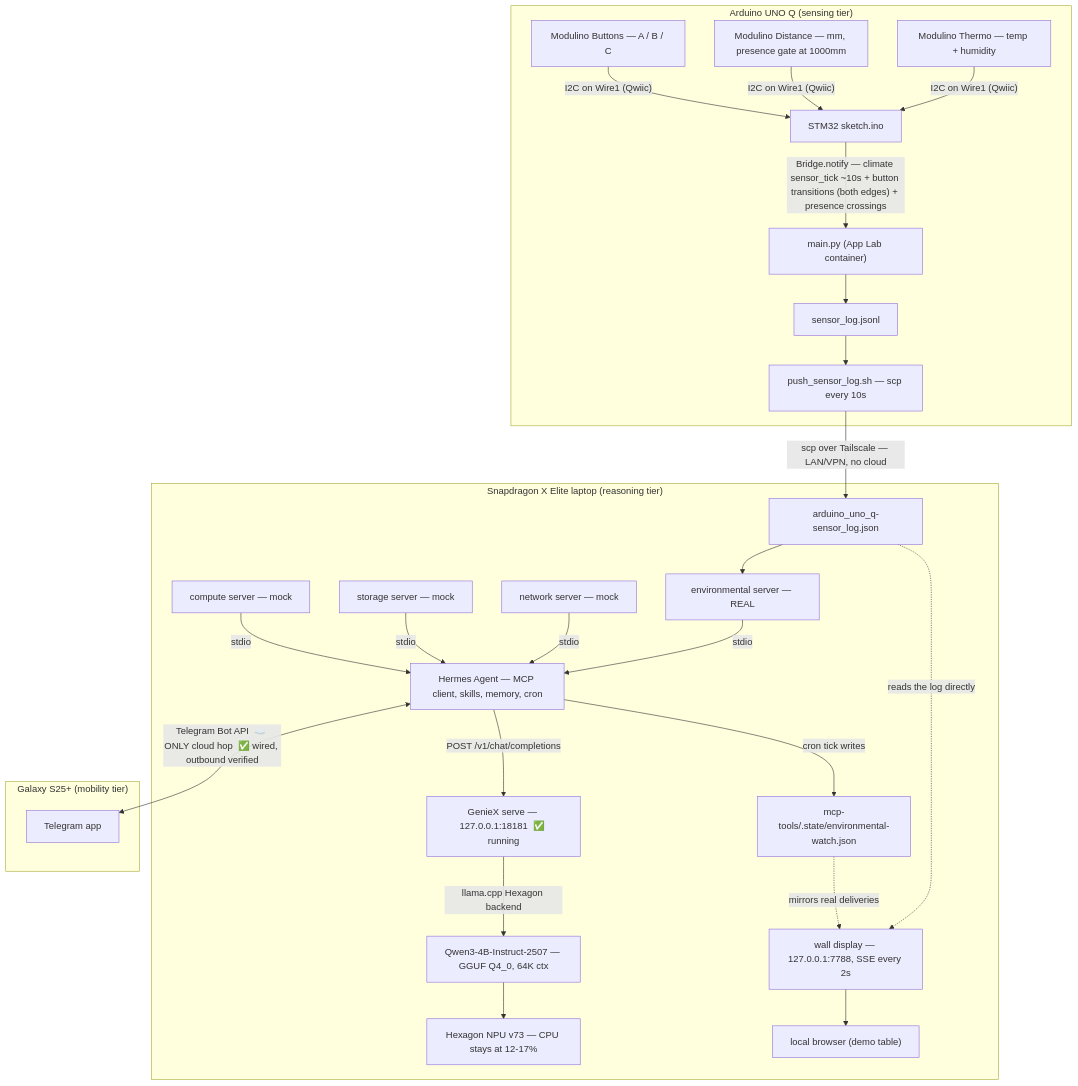
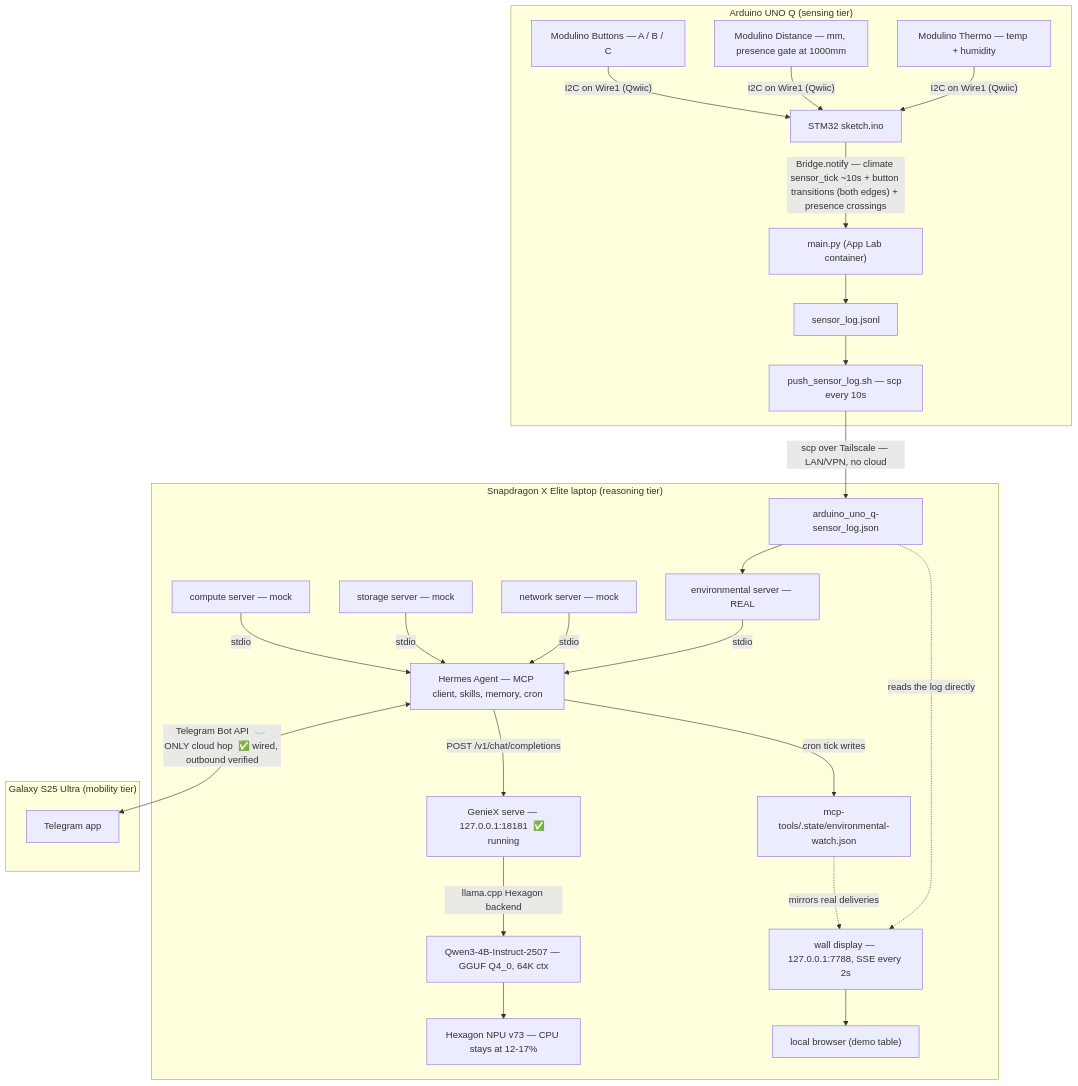
Before and after one commit to aryanil89/SMH-Hermes: the first of 4 diagrams in docs/ARCHITECTURE.md, drawn with Mermaid. The commit also changed other lines of this file and 57 other files, not shown here.

````diff
--- a/docs/ARCHITECTURE.md
+++ b/docs/ARCHITECTURE.md
@@ -17,52 +17,52 @@
 ```mermaid
 flowchart TD
     subgraph board["Arduino UNO Q  (sensing tier)"]
         TH["Modulino Thermo — temp + humidity"]
         DI["Modulino Distance — mm, presence gate at 1000mm"]
         BU["Modulino Buttons — A / B / C"]
         MCU["STM32 sketch.ino"]
         PY["main.py (App Lab container)"]
         LOG["sensor_log.jsonl"]
         PUSH["push_sensor_log.sh — scp every 10s"]
         TH -->|"I2C on Wire1 (Qwiic)"| MCU
         DI -->|"I2C on Wire1 (Qwiic)"| MCU
         BU -->|"I2C on Wire1 (Qwiic)"| MCU
         MCU -->|"Bridge.notify — climate sensor_tick ~10s + button transitions (both edges) + presence crossings"| PY
         PY --> LOG
         LOG --> PUSH
     end
 
     subgraph laptop["Snapdragon X Elite laptop  (reasoning tier)"]
         FILE["arduino_uno_q-sensor_log.json"]
         ENV["environmental server — REAL"]
         NET["network server — mock"]
         STO["storage server — mock"]
         COM["compute server — mock"]
         HA["Hermes Agent — MCP client, skills, memory, cron"]
         GX["GenieX serve — 127.0.0.1:18181  ✅ running"]
         MOD["Qwen3-4B-Instruct-2507 — GGUF Q4_0, 64K ctx"]
         NPU["Hexagon NPU v73 — CPU stays at 12-17%"]
         STATE["mcp-tools/.state/environmental-watch.json"]
         WALL["wall display — 127.0.0.1:7788, SSE every 2s"]
         BROW["local browser (demo table)"]
         FILE --> ENV
         ENV -->|stdio| HA
         NET -->|stdio| HA
         STO -->|stdio| HA
         COM -->|stdio| HA
         HA -->|"POST /v1/chat/completions"| GX
         GX -->|"llama.cpp Hexagon backend"| MOD
         MOD --> NPU
         HA -->|"cron tick writes"| STATE
         FILE -.->|"reads the log directly"| WALL
         STATE -.->|"mirrors real deliveries"| WALL
         WALL --> BROW
     end
 
-    subgraph phone["Galaxy S25+  (mobility tier)"]
+    subgraph phone["Galaxy S25 Ultra  (mobility tier)"]
         TG["Telegram app"]
     end
 
     PUSH -->|"scp over Tailscale — LAN/VPN, no cloud"| FILE
     HA <-->|"Telegram Bot API  ☁️ ONLY cloud hop  ✅ wired, outbound verified"| TG
 ```
````
